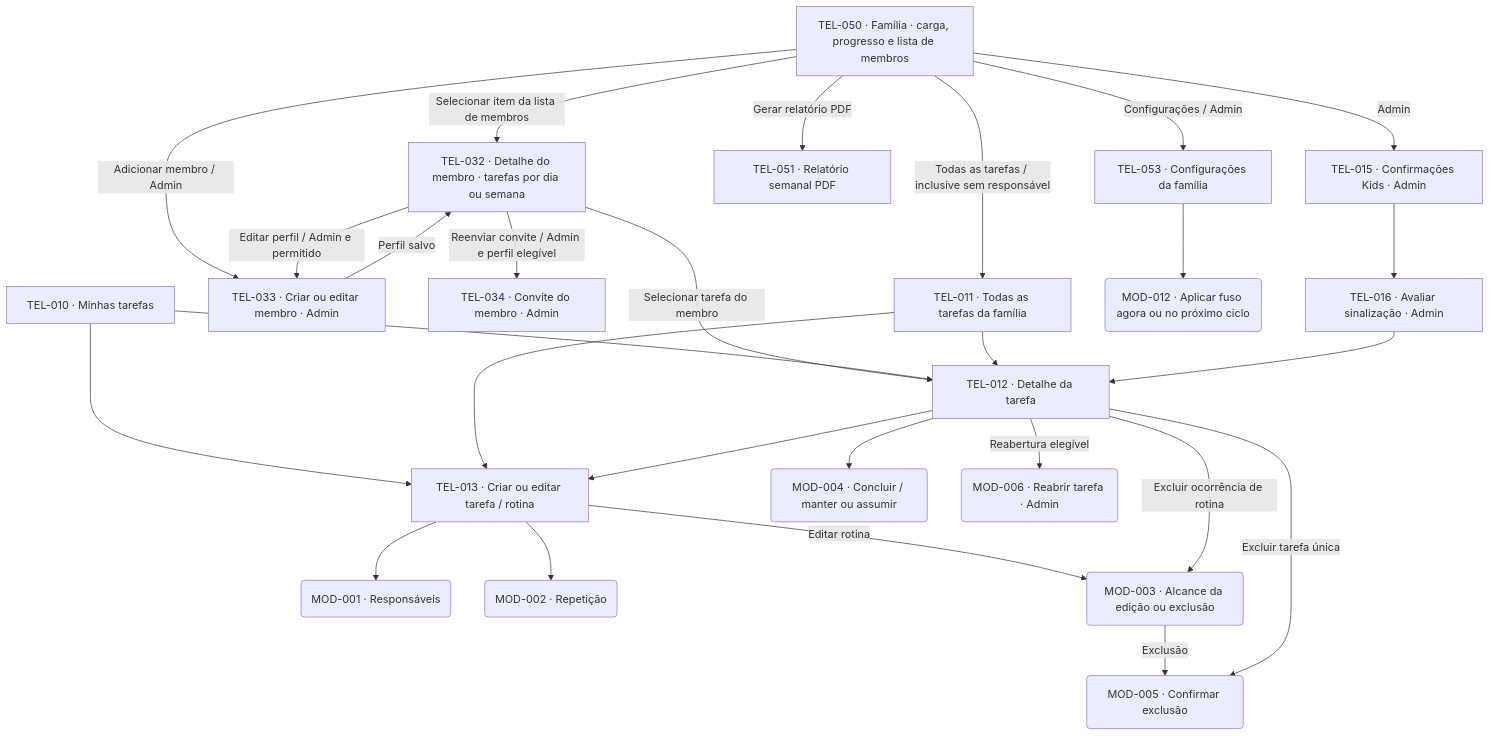
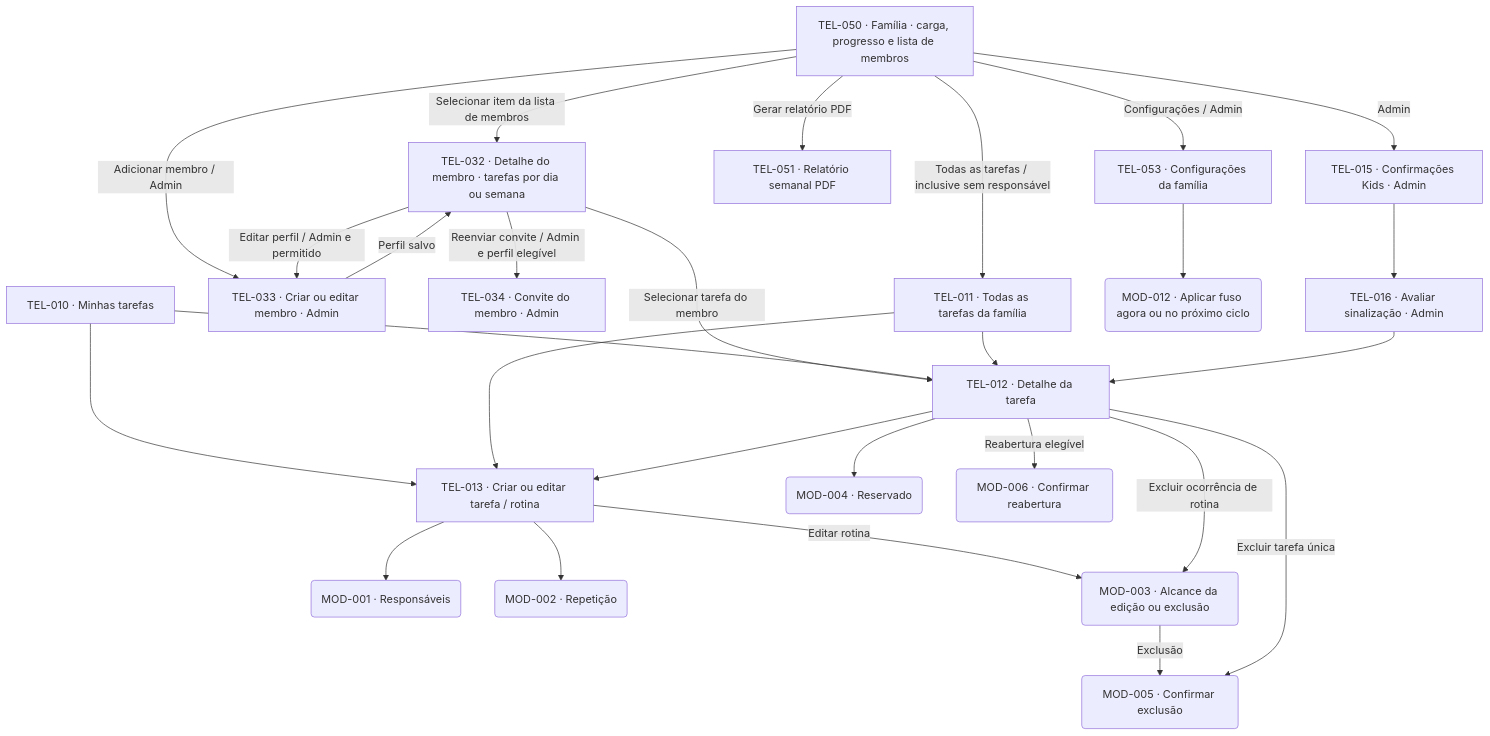
Before and after one commit to lizandramalta/App-Rotina-Familiar: the second of 6 diagrams in docs/design/screen-map.md, drawn with Mermaid. The commit also changed other lines of this file and 15 other files, not shown here.

````diff
--- a/docs/design/screen-map.md
+++ b/docs/design/screen-map.md
@@ -68,46 +68,46 @@
 ```mermaid
 flowchart TD
     T010["TEL-010 · Minhas tarefas"]
     T050["TEL-050 · Família · carga, progresso e lista de membros"]
     T032["TEL-032 · Detalhe do membro · tarefas por dia ou semana"]
     T033["TEL-033 · Criar ou editar membro · Admin"]
     T034["TEL-034 · Convite do membro · Admin"]
     T011["TEL-011 · Todas as tarefas da família"]
     T012["TEL-012 · Detalhe da tarefa"]
     T013["TEL-013 · Criar ou editar tarefa / rotina"]
     T015["TEL-015 · Confirmações Kids · Admin"]
     T016["TEL-016 · Avaliar sinalização · Admin"]
     T051["TEL-051 · Relatório semanal PDF"]
     M001("MOD-001 · Responsáveis")
     M002("MOD-002 · Repetição")
     M003("MOD-003 · Alcance da edição ou exclusão")
-    M004("MOD-004 · Concluir / manter ou assumir")
+    M004("MOD-004 · Reservado")
     M005("MOD-005 · Confirmar exclusão")
-    M006("MOD-006 · Reabrir tarefa · Admin")
+    M006("MOD-006 · Confirmar reabertura")
     T050 -->|Selecionar item da lista de membros| T032
     T050 -->|Adicionar membro / Admin| T033
     T032 -->|Editar perfil / Admin e permitido| T033
     T032 -->|Reenviar convite / Admin e perfil elegível| T034
     T032 -->|Selecionar tarefa do membro| T012
     T033 -->|Perfil salvo| T032
     T050 -->|Todas as tarefas / inclusive sem responsável| T011
     T050 -->|Gerar relatório PDF| T051
     T050 -->|Configurações / Admin| T053["TEL-053 · Configurações da família"]
     T053 --> M012("MOD-012 · Aplicar fuso agora ou no próximo ciclo")
     T050 -->|Admin| T015
     T010 --> T012
     T010 --> T013
     T011 --> T012
     T011 --> T013
     T012 --> T013
     T013 --> M001
     T013 --> M002
     T013 -->|Editar rotina| M003
     T012 --> M004
     T012 -->|Excluir ocorrência de rotina| M003
     M003 -->|Exclusão| M005
     T012 -->|Excluir tarefa única| M005
     T012 -->|Reabertura elegível| M006
     T015 --> T016
     T016 --> T012
 ```
````
